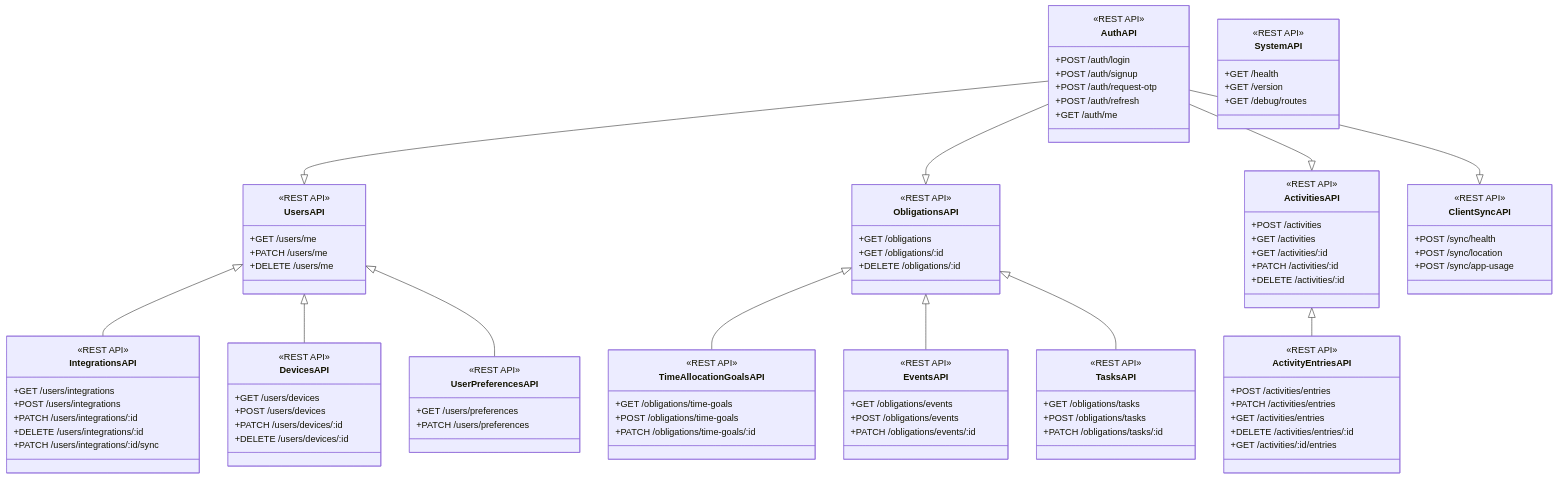
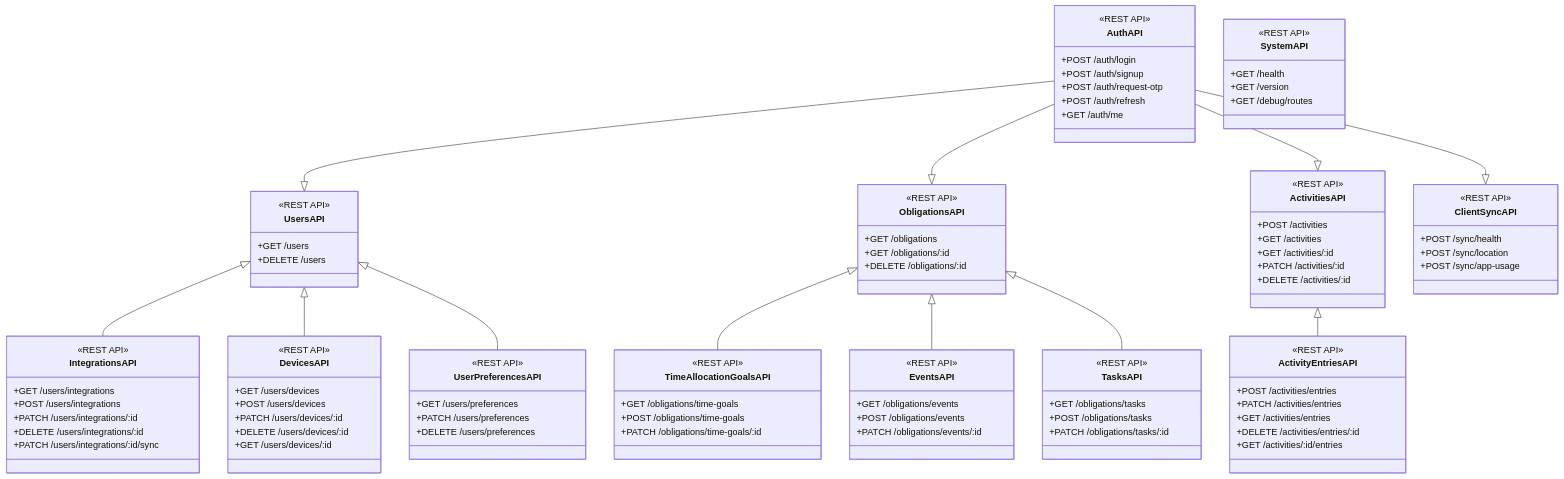
Before and after one commit to hadiahmad06/jiko: the diagram in backend/docs/routes.md, drawn with Mermaid. The commit also changed 9 other files, not shown here.

Commit message:
[opencode] [qwen3-coder] backend: init: created empty routes for obligations, including deadlined and timeline obligations; created empty routes for users, including devices, integrations, and preferences

```diff
--- a/backend/docs/routes.md
+++ b/backend/docs/routes.md
@@ -16,9 +16,8 @@
     %% Users layer
     class UsersAPI {
         <<REST API>>
-        +GET /users/me
-        +PATCH /users/me
-        +DELETE /users/me
+        +GET /users
+        +DELETE /users
     }
 
     %% User Preferences layer
@@ -26,6 +25,7 @@
         <<REST API>>
         +GET /users/preferences
         +PATCH /users/preferences
+        +DELETE /users/preferences
     }
 
     %% Devices layer
@@ -36,7 +36,7 @@
         +PATCH /users/devices/:id
         +DELETE /users/devices/:id
 
-        %% +GET /users/devices/:id
+        +GET /users/devices/:id
     }
 
     %% Integration Management APIs
```
